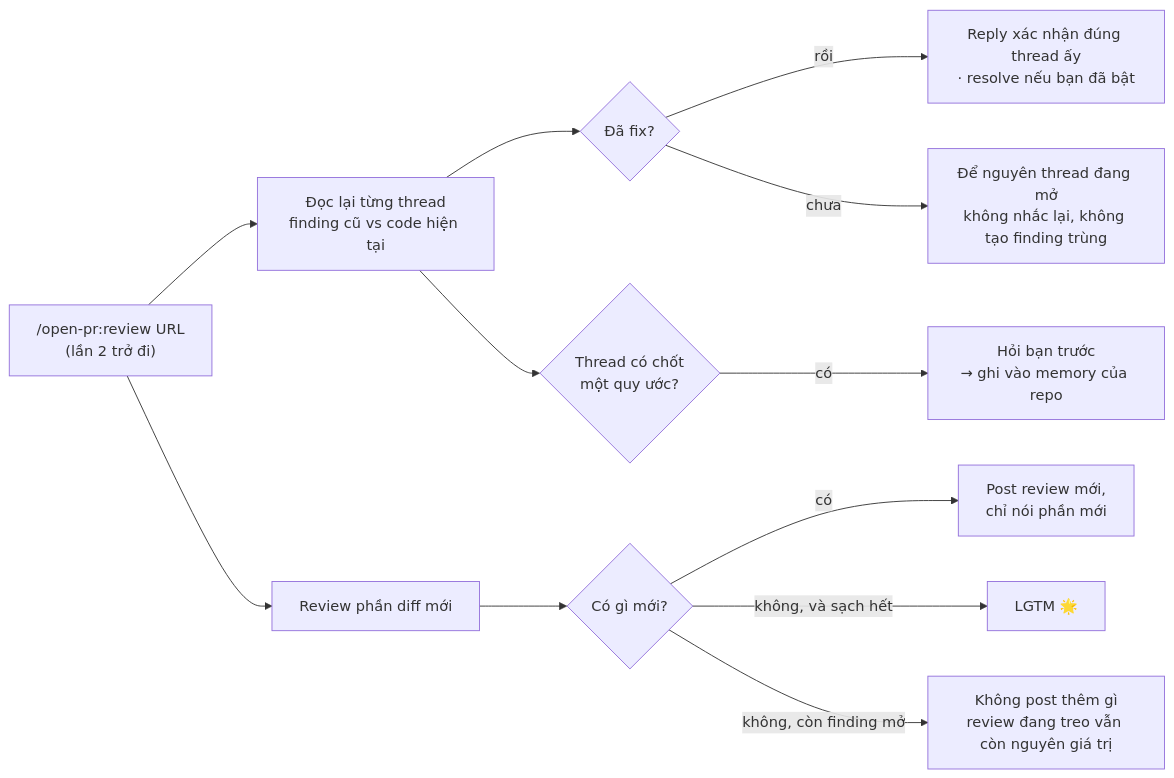
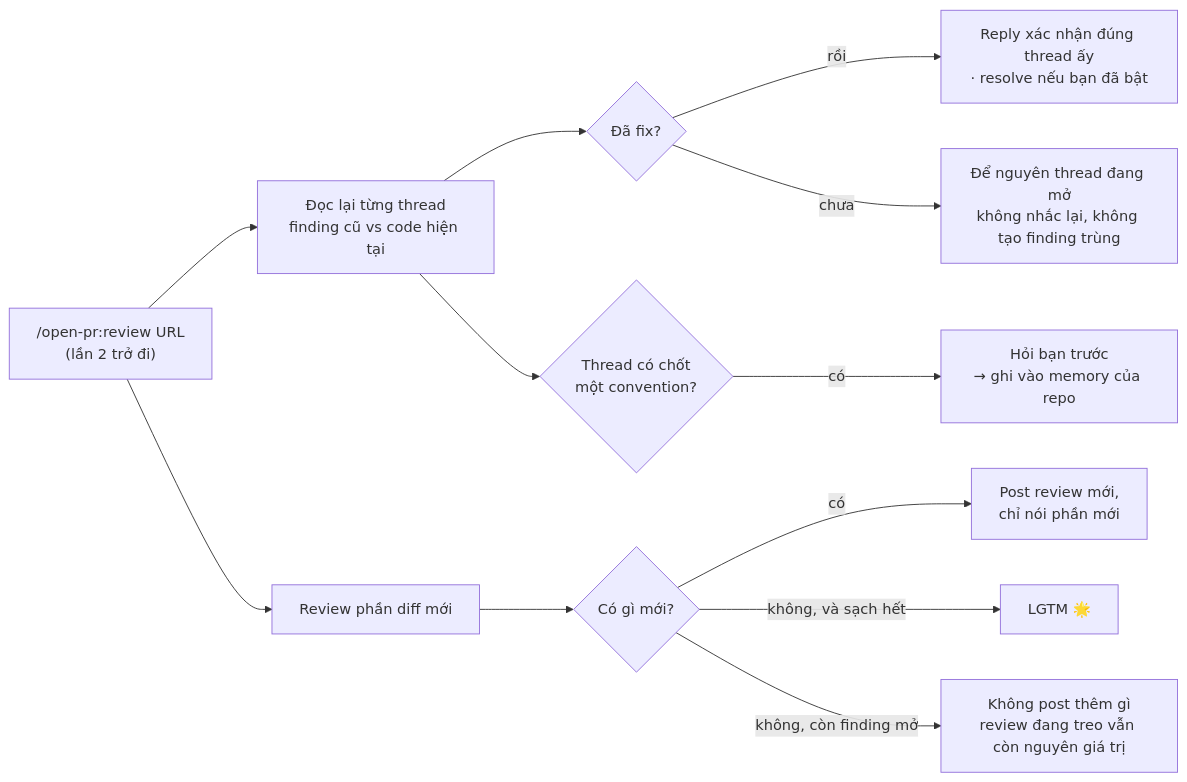
Before and after one commit to TOMOSIA-VIETNAM/open-pr: the first of 2 diagrams in docs/vi/how-it-works.md, drawn with Mermaid. The commit also changed other lines of this file and 24 other files, not shown here.

````diff
--- a/docs/vi/how-it-works.md
+++ b/docs/vi/how-it-works.md
@@ -13,14 +13,14 @@
 ```mermaid
 flowchart LR
   A["/open-pr:review URL<br/>(lần 2 trở đi)"] --> B[Đọc lại từng thread<br/>finding cũ vs code hiện tại]
   B --> C{Đã fix?}
   C -- rồi --> D["Reply xác nhận đúng thread ấy<br/>· resolve nếu bạn đã bật"]
   C -- chưa --> E["Để nguyên thread đang mở<br/>không nhắc lại, không tạo finding trùng"]
-  B --> F{Thread có chốt<br/>một quy ước?}
+  B --> F{Thread có chốt<br/>một convention?}
   F -- có --> G["Hỏi bạn trước<br/>→ ghi vào memory của repo"]
   A --> H[Review phần diff mới]
   H --> I{Có gì mới?}
   I -- có --> J["Post review mới,<br/>chỉ nói phần mới"]
   I -- không, và sạch hết --> K[LGTM 🌟]
   I -- không, còn finding mở --> L["Không post thêm gì<br/>review đang treo vẫn còn nguyên giá trị"]
 ```
````
